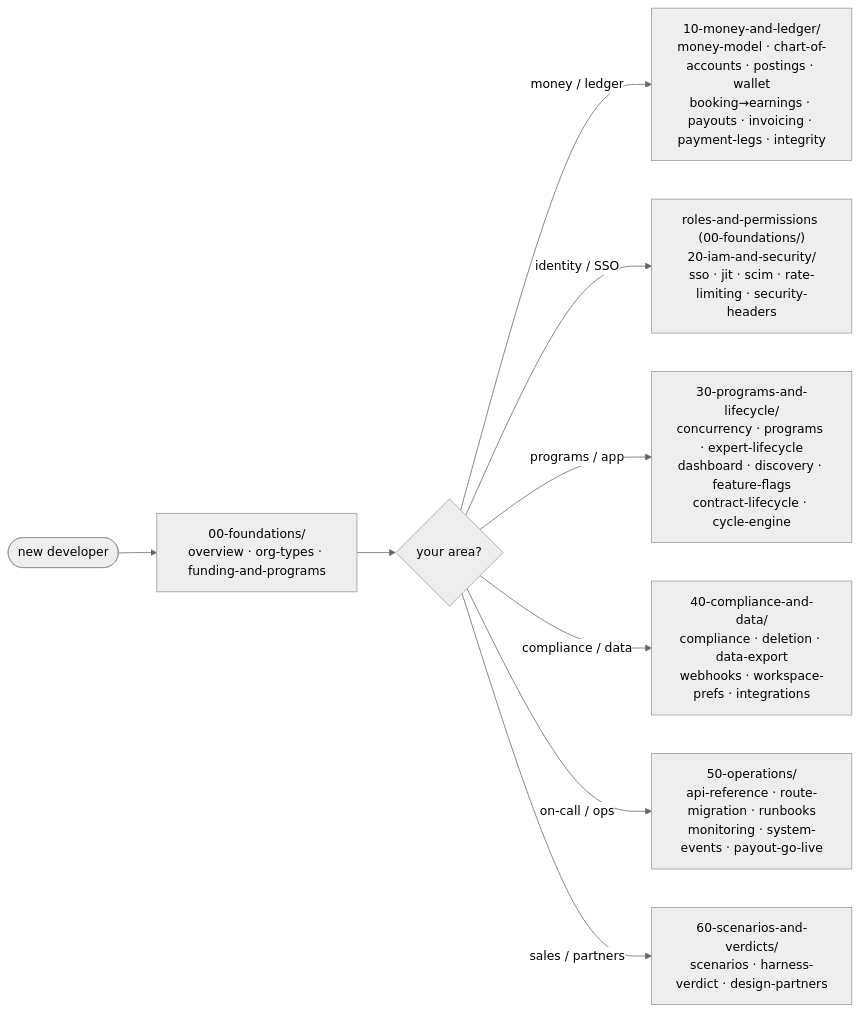
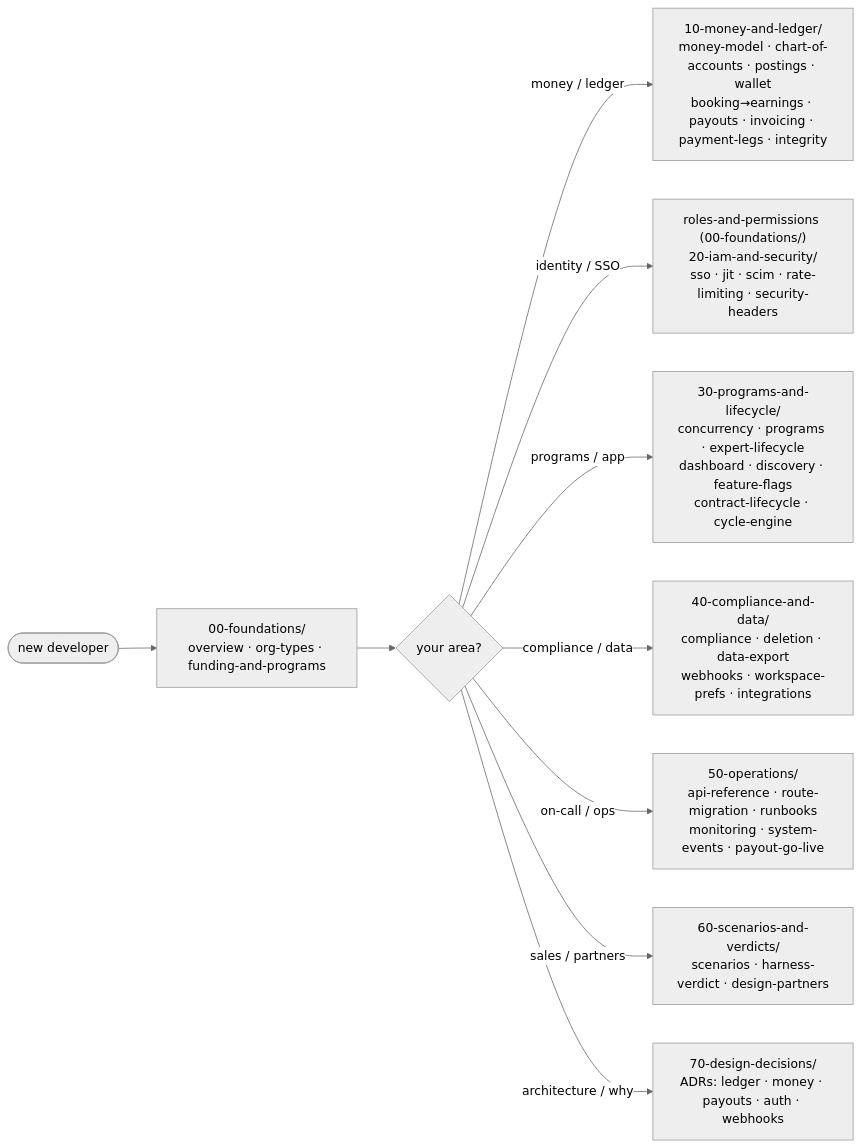
The diagram in docs/enterprise/README.md (Practitionist/familiarise_web), drawn with Mermaid (neutral theme) before and after one commit. The commit also changed other lines of this file and 50 other files, not shown here.

First line of the commit message:
docs(enterprise): add frontmatter, SDE reading paths, and 70-design-decisions stub

````diff
--- a/docs/enterprise/README.md
+++ b/docs/enterprise/README.md
@@ -11,11 +21,12 @@
 ```mermaid
 flowchart LR
   START([new developer]) --> OV["00-foundations/<br/>overview · org-types · funding-and-programs"]
   OV --> PATH{your area?}
   PATH -->|money / ledger| MONEY["10-money-and-ledger/<br/>money-model · chart-of-accounts · postings · wallet<br/>booking→earnings · payouts · invoicing · payment-legs · integrity"]
   PATH -->|identity / SSO| IAM["roles-and-permissions (00-foundations/)<br/>20-iam-and-security/<br/>sso · jit · scim · rate-limiting · security-headers"]
   PATH -->|programs / app| PROG["30-programs-and-lifecycle/<br/>concurrency · programs · expert-lifecycle<br/>dashboard · discovery · feature-flags<br/>contract-lifecycle · cycle-engine"]
   PATH -->|compliance / data| COMP["40-compliance-and-data/<br/>compliance · deletion · data-export<br/>webhooks · workspace-prefs · integrations"]
   PATH -->|on-call / ops| OPS["50-operations/<br/>api-reference · route-migration · runbooks<br/>monitoring · system-events · payout-go-live"]
   PATH -->|sales / partners| SALES["60-scenarios-and-verdicts/<br/>scenarios · harness-verdict · design-partners"]
+  PATH -->|architecture / why| ADR["70-design-decisions/<br/>ADRs: ledger · money · payouts · auth · webhooks"]
 ```
````
